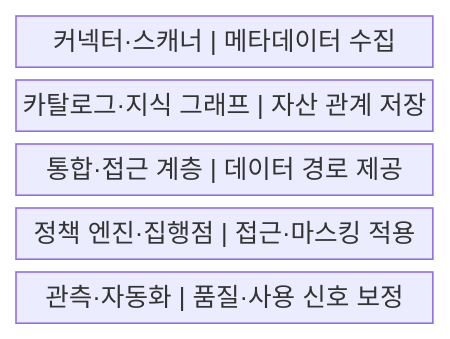
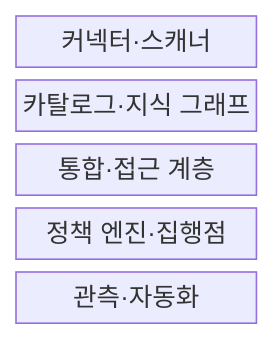
Before and after one commit to agnusdei1207/knowledge-base: the first of 2 diagrams in src/content/docs/notes/03-software/132_data_fabric.md, drawn with Mermaid. The commit also changed other lines of this file and 238 other files, not shown here.

````diff
--- a/src/content/docs/notes/03-software/132_data_fabric.md
+++ b/src/content/docs/notes/03-software/132_data_fabric.md
@@ -55,9 +55,9 @@
 ```mermaid
-block
+block-beta
     columns 1
-    A["커넥터·스캐너 | 메타데이터 수집"]
-    B["카탈로그·지식 그래프 | 자산 관계 저장"]
-    C["통합·접근 계층 | 데이터 경로 제공"]
-    D["정책 엔진·집행점 | 접근·마스킹 적용"]
-    E["관측·자동화 | 품질·사용 신호 보정"]
+    A["커넥터·스캐너"]
+    B["카탈로그·지식 그래프"]
+    C["통합·접근 계층"]
+    D["정책 엔진·집행점"]
+    E["관측·자동화"]
 ```
````
